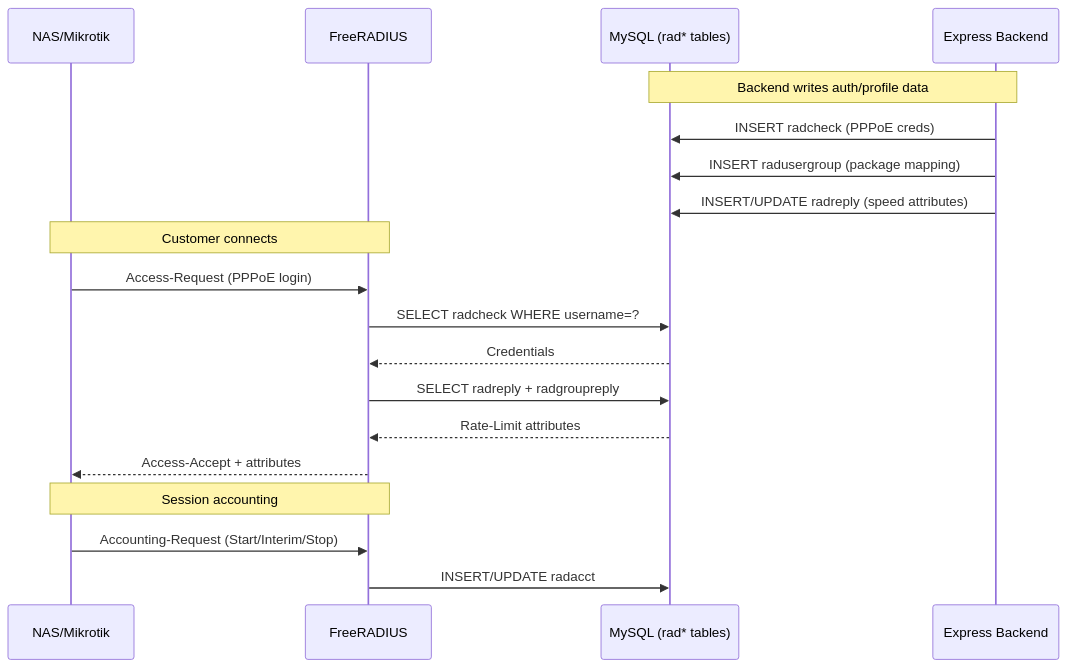
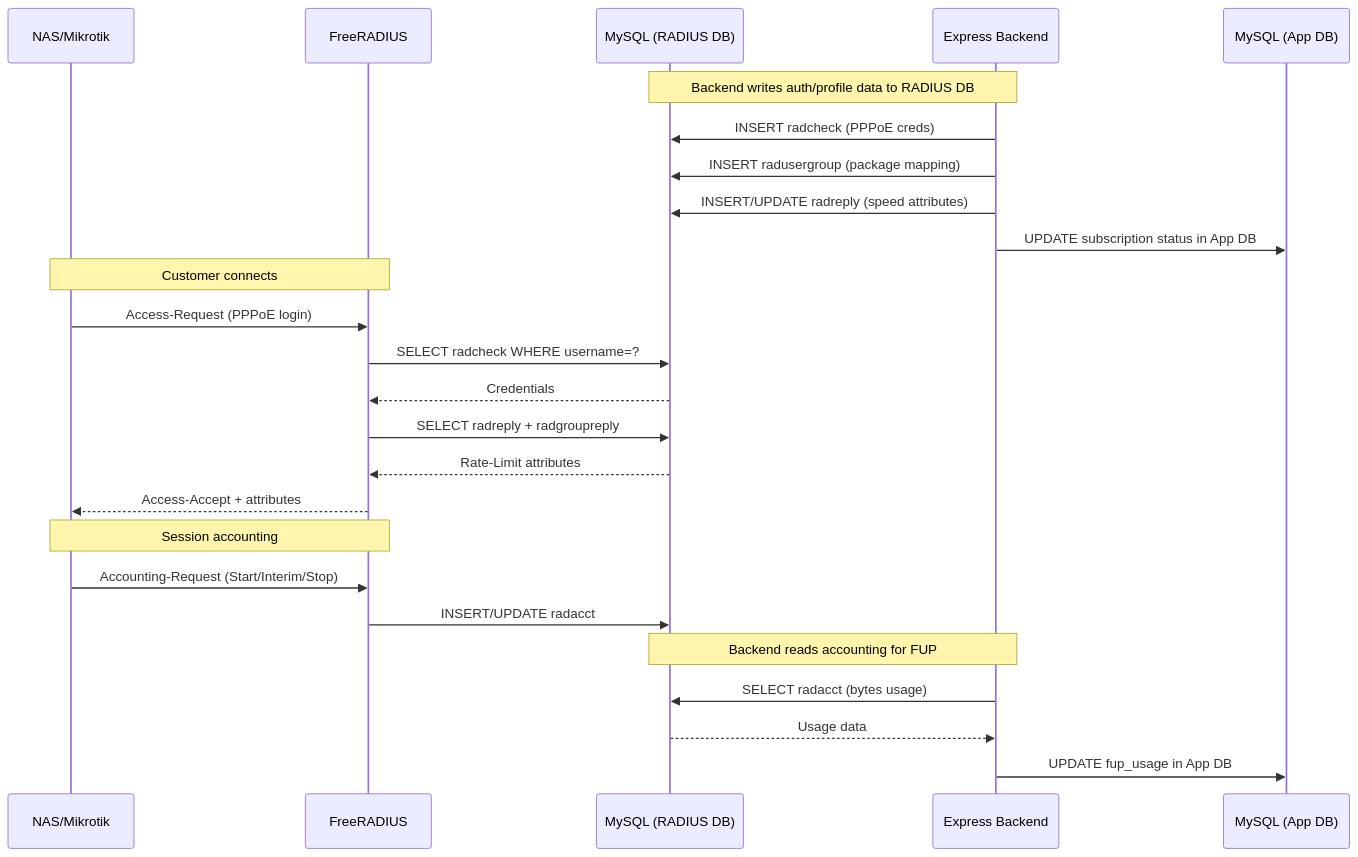
One commit to ariemus-smk/uwaisSuperApps changed the fourth of 9 diagrams in .kiro/specs/uwais-isp-backend/design.md. Above: the diagram before and after it, drawn with Mermaid. The commit also changed other lines of this file and 22 other files, not shown here.

````diff
--- a/.kiro/specs/uwais-isp-backend/design.md
+++ b/.kiro/specs/uwais-isp-backend/design.md
@@ -950,24 +1003,31 @@
 ```mermaid
 sequenceDiagram
     participant NAS as NAS/Mikrotik
     participant FR as FreeRADIUS
-    participant DB as MySQL (rad* tables)
+    participant RadDB as MySQL (RADIUS DB)
     participant Backend as Express Backend
+    participant AppDB as MySQL (App DB)
 
-    Note over Backend,DB: Backend writes auth/profile data
-    Backend->>DB: INSERT radcheck (PPPoE creds)
-    Backend->>DB: INSERT radusergroup (package mapping)
-    Backend->>DB: INSERT/UPDATE radreply (speed attributes)
+    Note over Backend,RadDB: Backend writes auth/profile data to RADIUS DB
+    Backend->>RadDB: INSERT radcheck (PPPoE creds)
+    Backend->>RadDB: INSERT radusergroup (package mapping)
+    Backend->>RadDB: INSERT/UPDATE radreply (speed attributes)
+    Backend->>AppDB: UPDATE subscription status in App DB
 
     Note over NAS,FR: Customer connects
     NAS->>FR: Access-Request (PPPoE login)
-    FR->>DB: SELECT radcheck WHERE username=?
-    DB-->>FR: Credentials
-    FR->>DB: SELECT radreply + radgroupreply
-    DB-->>FR: Rate-Limit attributes
+    FR->>RadDB: SELECT radcheck WHERE username=?
+    RadDB-->>FR: Credentials
+    FR->>RadDB: SELECT radreply + radgroupreply
+    RadDB-->>FR: Rate-Limit attributes
     FR-->>NAS: Access-Accept + attributes
 
     Note over NAS,FR: Session accounting
     NAS->>FR: Accounting-Request (Start/Interim/Stop)
-    FR->>DB: INSERT/UPDATE radacct
+    FR->>RadDB: INSERT/UPDATE radacct
+
+    Note over Backend,RadDB: Backend reads accounting for FUP
+    Backend->>RadDB: SELECT radacct (bytes usage)
+    RadDB-->>Backend: Usage data
+    Backend->>AppDB: UPDATE fup_usage in App DB
 ```
````
